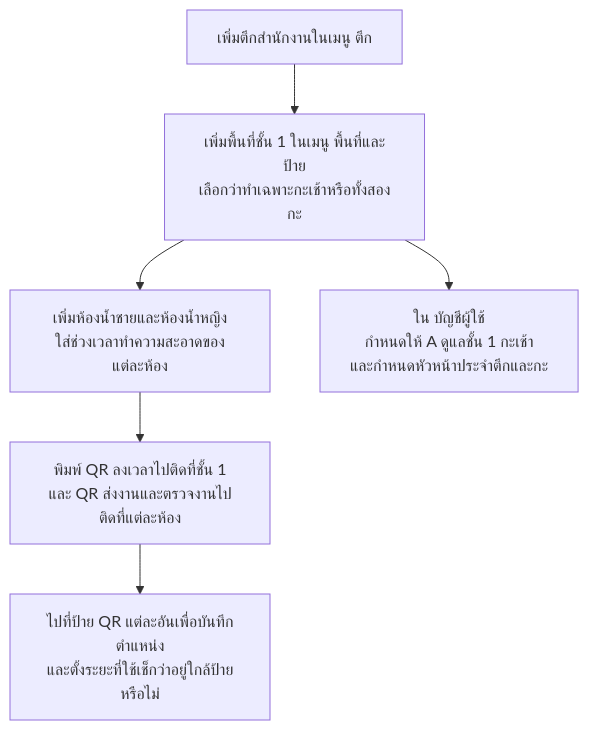
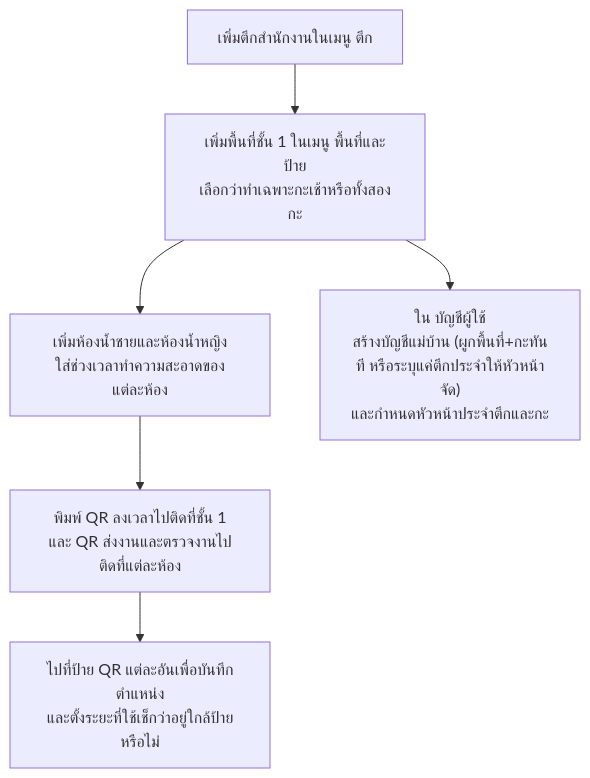
One commit to ThodsaphonSonthiphin/Facility-Real-time-dashboard changed the fifth of 7 diagrams in docs/role-workflows.md. Above: the diagram before and after it, drawn with Mermaid. The commit also changed other lines of this file and 16 other files, not shown here.

````diff
--- a/docs/role-workflows.md
+++ b/docs/role-workflows.md
@@ -94,8 +98,8 @@
 ```mermaid
 flowchart TD
     A["เพิ่มตึกสำนักงานในเมนู ตึก"] --> B["เพิ่มพื้นที่ชั้น 1 ในเมนู พื้นที่และป้าย<br/>เลือกว่าทำเฉพาะกะเช้าหรือทั้งสองกะ"]
     B --> C["เพิ่มห้องน้ำชายและห้องน้ำหญิง<br/>ใส่ช่วงเวลาทำความสะอาดของแต่ละห้อง"]
     C --> D["พิมพ์ QR ลงเวลาไปติดที่ชั้น 1<br/>และ QR ส่งงานและตรวจงานไปติดที่แต่ละห้อง"]
     D --> E["ไปที่ป้าย QR แต่ละอันเพื่อบันทึกตำแหน่ง<br/>และตั้งระยะที่ใช้เช็กว่าอยู่ใกล้ป้ายหรือไม่"]
-    B --> F["ใน บัญชีผู้ใช้<br/>กำหนดให้ A ดูแลชั้น 1 กะเช้า<br/>และกำหนดหัวหน้าประจำตึกและกะ"]
+    B --> F["ใน บัญชีผู้ใช้<br/>สร้างบัญชีแม่บ้าน (ผูกพื้นที่+กะทันที หรือระบุแค่ตึกประจำให้หัวหน้าจัด)<br/>และกำหนดหัวหน้าประจำตึกและกะ"]
 ```
````
